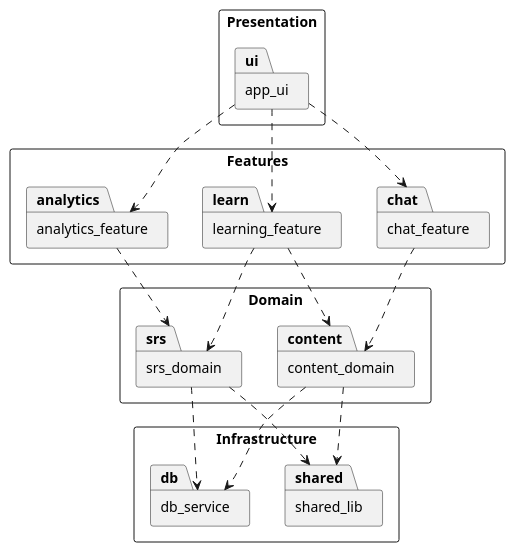
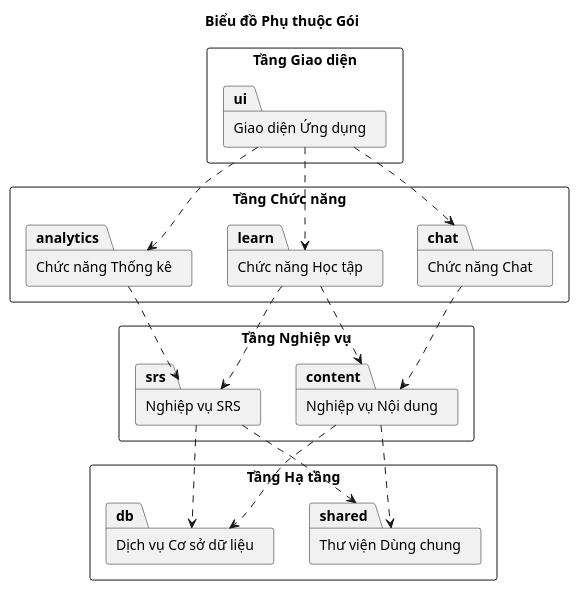
One commit to anhtranguyen-github/Hanachan changed the diagram in docs/uml-package/package-diagram.md. Above: the diagram before and after it, drawn with PlantUML. The commit also changed other lines of this file and 37 other files, not shown here.

Commit message:
docs: synchronize architecture and business flow documentation with final implementation

````diff
--- a/docs/uml-package/package-diagram.md
+++ b/docs/uml-package/package-diagram.md
@@ -3,46 +3,47 @@
 ```plantuml
 @startuml
+title Biểu đồ Phụ thuộc Gói
 skinparam packageStyle rectangle
 skinparam shadowing false
 hide circle
 
 ' Định nghĩa các tầng (Layers)
-package "Presentation" as L1 {
-    package "app_ui" as ui
+package "Tầng Giao diện" as L1 {
+    package "Giao diện Ứng dụng" as ui
 }
 
-package "Features" as L2 {
-    package "learning_feature" as learn
-    package "chat_feature" as chat
-    package "analytics_feature" as analytics
+package "Tầng Chức năng" as L2 {
+    package "Chức năng Học tập" as learn
+    package "Chức năng Chat" as chat
+    package "Chức năng Thống kê" as analytics
 }
 
-package "Domain" as L3 {
-    package "srs_domain" as srs
-    package "content_domain" as content
+package "Tầng Nghiệp vụ" as L3 {
+    package "Nghiệp vụ SRS" as srs
+    package "Nghiệp vụ Nội dung" as content
 }
 
-package "Infrastructure" as L4 {
-    package "shared_lib" as shared
-    package "db_service" as db
+package "Tầng Hạ tầng" as L4 {
+    package "Thư viện Dùng chung" as shared
+    package "Dịch vụ Cơ sở dữ liệu" as db
 }
 
 ' Mối quan hệ phụ thuộc (Dependency)
 ' Tuân thủ quy tắc: Tầng trên phụ thuộc tầng dưới, không nhảy tầng, không phụ thuộc ngang.
 
 ui ..> learn
 ui ..> chat
 ui ..> analytics
 
 learn ..> srs
 learn ..> content
 chat ..> content
 analytics ..> srs
 
 srs ..> shared
 content ..> shared
 srs ..> db
 content ..> db
 
 @enduml
 ```
````
